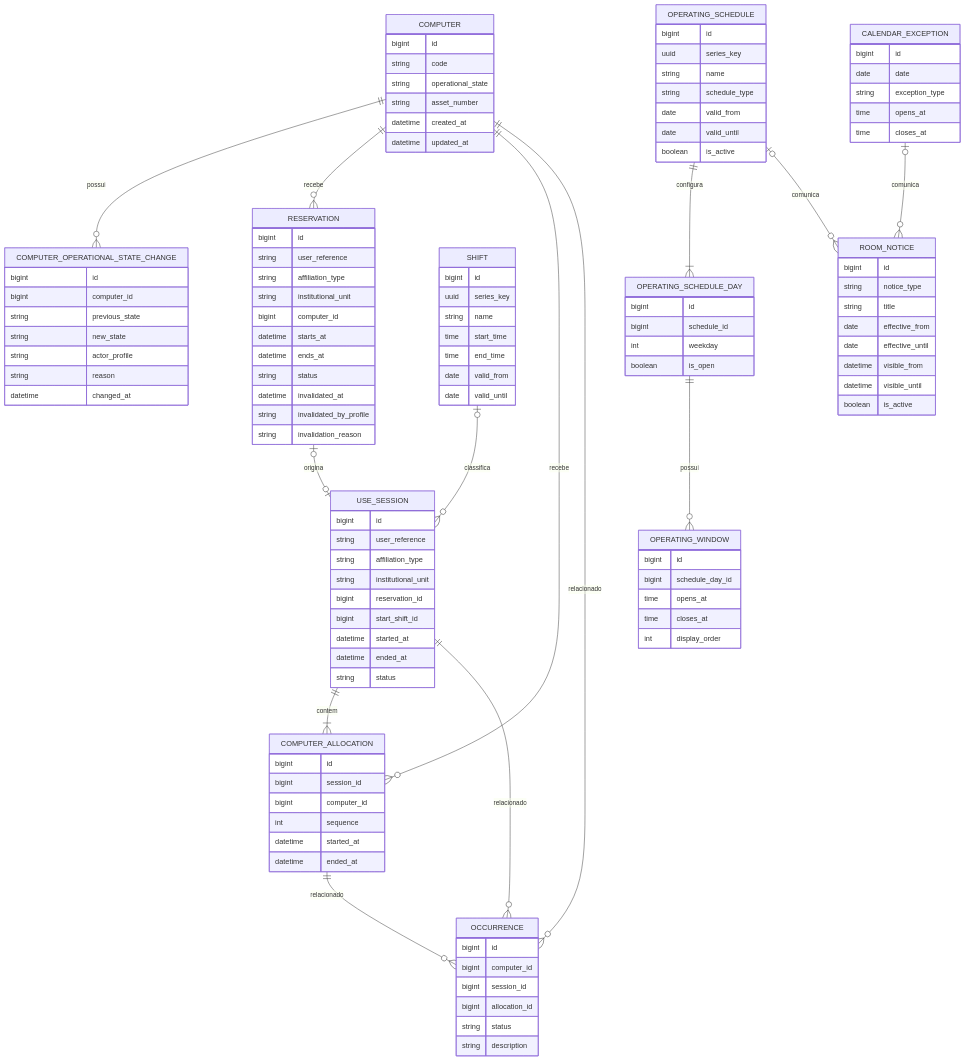
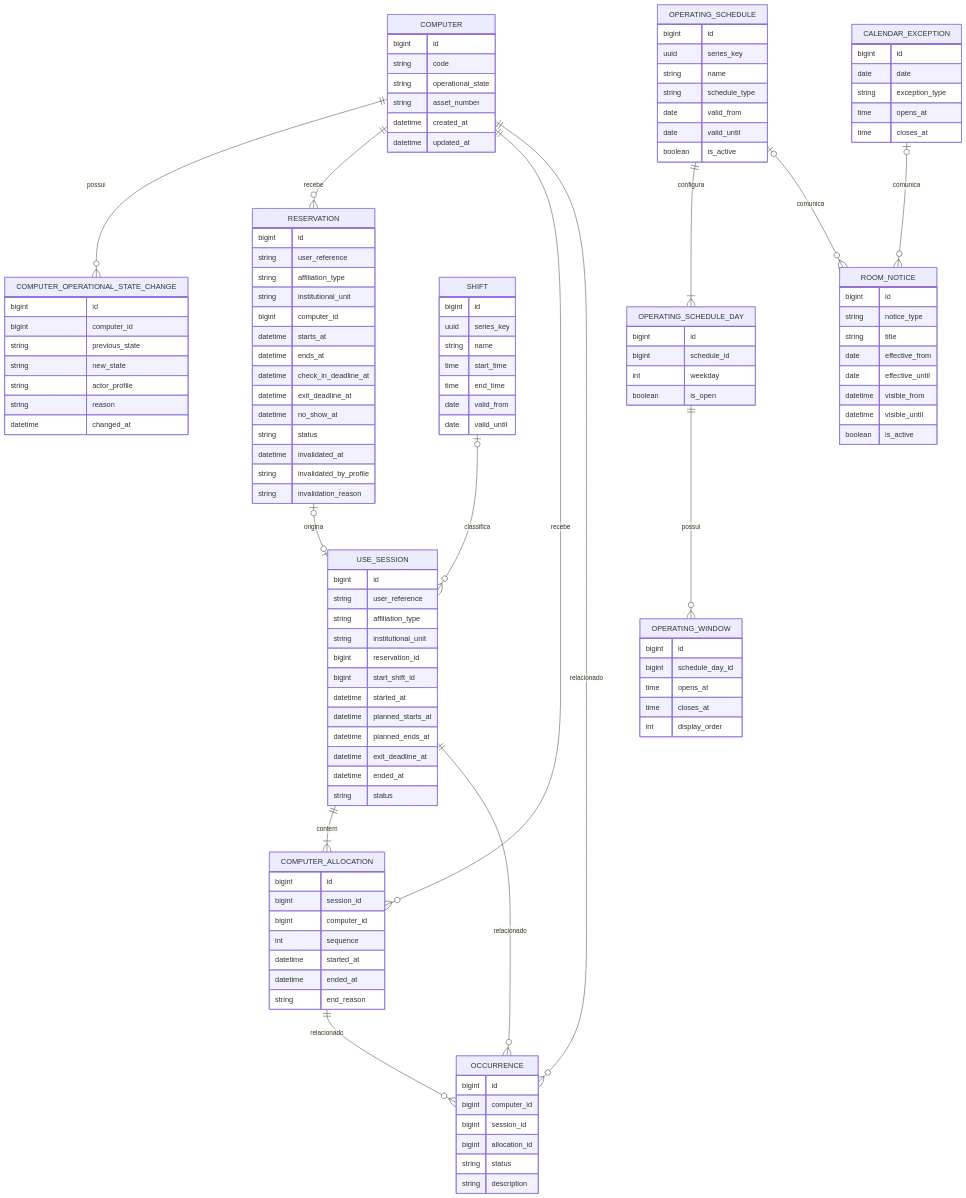
One commit to MarcosVini753/estagio changed the diagram in docs/architecture/diagrams/erd.md. Above: the diagram before and after it, drawn with Mermaid. The commit also changed other lines of this file and 21 other files, not shown here.

Commit message:
docs: sincronizar API fluxos e diagramas do modelo C

```diff
--- a/docs/architecture/diagrams/erd.md
+++ b/docs/architecture/diagrams/erd.md
@@ -43,6 +43,9 @@
         bigint computer_id
         datetime starts_at
         datetime ends_at
+        datetime check_in_deadline_at
+        datetime exit_deadline_at
+        datetime no_show_at
         string status
         datetime invalidated_at
         string invalidated_by_profile
@@ -57,6 +60,9 @@
         bigint reservation_id
         bigint start_shift_id
         datetime started_at
+        datetime planned_starts_at
+        datetime planned_ends_at
+        datetime exit_deadline_at
         datetime ended_at
         string status
     }
@@ -68,6 +74,7 @@
         int sequence
         datetime started_at
         datetime ended_at
+        string end_reason
     }
 
     OCCURRENCE {
```
